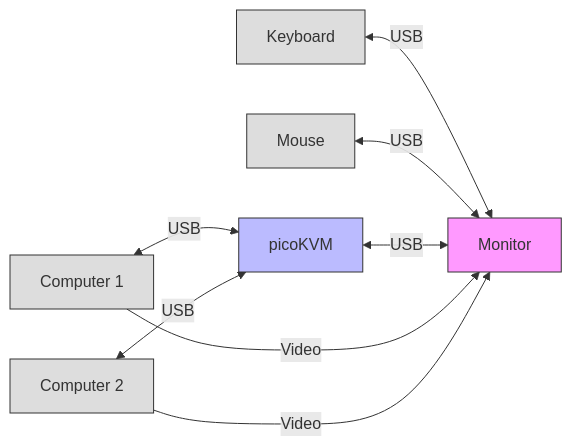
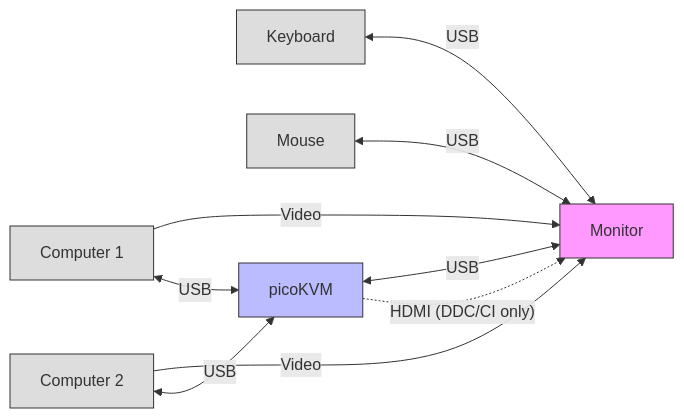
Before and after one commit to FuNK3Y/picoKVM: the diagram in README.md, drawn with Mermaid. The commit also changed other lines of this file, not shown here.

Commit message:
README: show the HDMI DDC/CI link in the wiring diagram

````diff
--- a/README.md
+++ b/README.md
@@ -180,16 +180,17 @@
 ```mermaid
 graph LR
     KB["Keyboard"] <--> |USB| MON
     MOUSE["Mouse"] <--> |USB| MON
     KVM <--> |USB| MON
     PC1["Computer 1"] --> |Video| MON["Monitor"]
     PC2["Computer 2"] --> |Video| MON
     PC1 <--> |USB| KVM["picoKVM"]
     PC2 <--> |USB| KVM
+    KVM -.-> |"HDMI (DDC/CI only)"| MON
     style MON fill:#f9f,stroke:#333
     style KVM fill:#bbf,stroke:#333
     style KB fill:#ddd,stroke:#333
     style MOUSE fill:#ddd,stroke:#333
     style PC1 fill:#ddd,stroke:#333
     style PC2 fill:#ddd,stroke:#333
 ```
````
